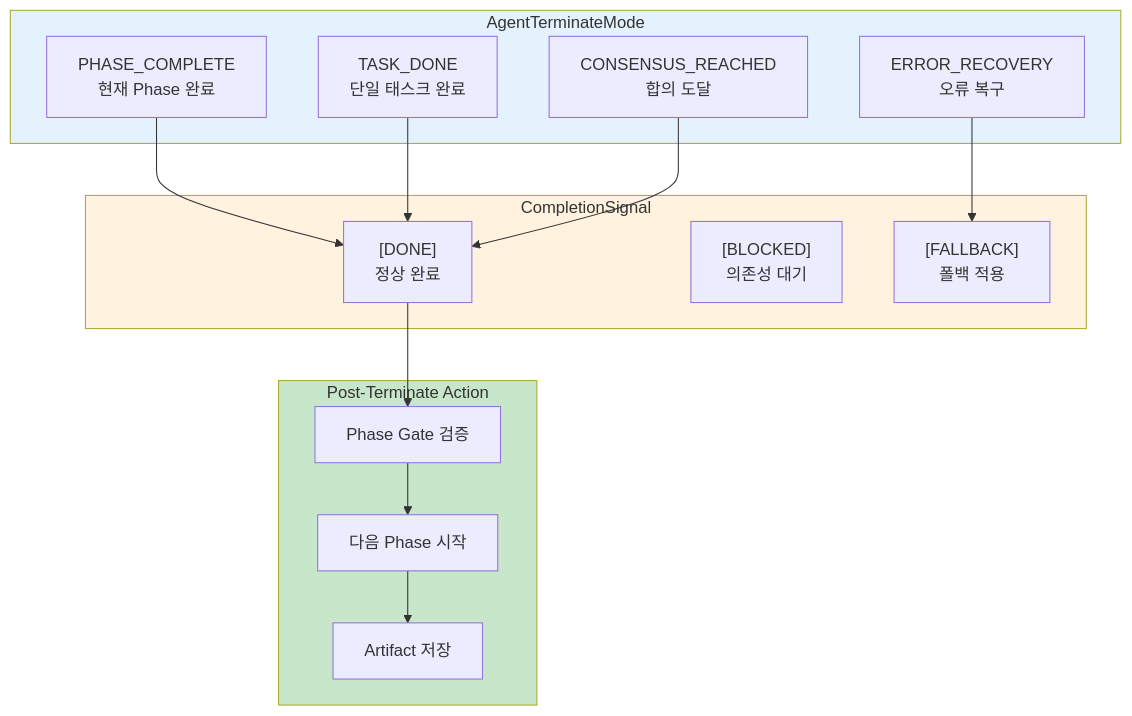
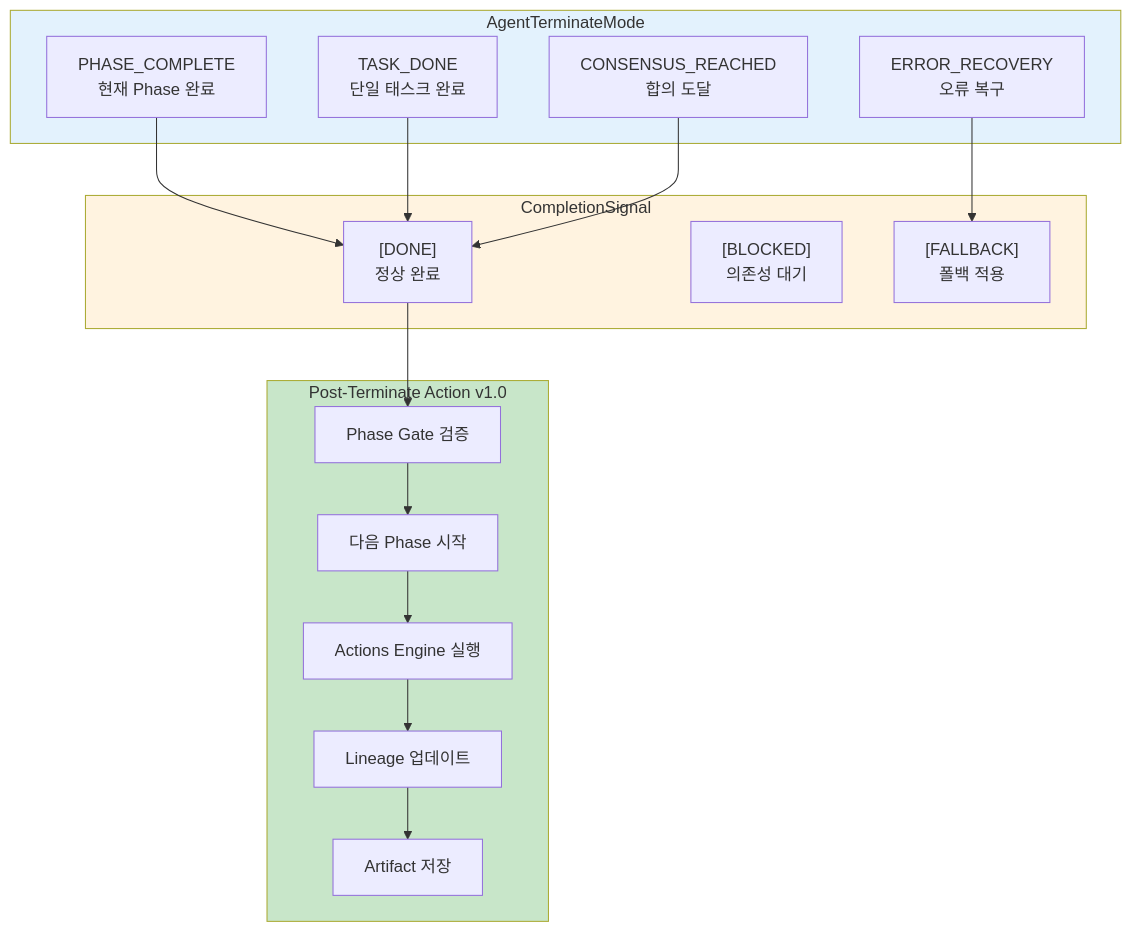
The tenth of 12 diagrams in docs/diagrams/05-agent-orchestration.md (sabill123/ontology), drawn with Mermaid before and after one commit. The commit also changed other lines of this file and 176 other files, not shown here.

````diff
--- a/docs/diagrams/05-agent-orchestration.md
+++ b/docs/diagrams/05-agent-orchestration.md
@@ -334,34 +405,38 @@
 ```mermaid
 flowchart TB
     subgraph MODES["AgentTerminateMode"]
         M1["PHASE_COMPLETE<br/>현재 Phase 완료"]
         M2["TASK_DONE<br/>단일 태스크 완료"]
         M3["CONSENSUS_REACHED<br/>합의 도달"]
         M4["ERROR_RECOVERY<br/>오류 복구"]
     end
 
     subgraph SIGNAL["CompletionSignal"]
         S1["[DONE]<br/>정상 완료"]
         S2["[BLOCKED]<br/>의존성 대기"]
         S3["[FALLBACK]<br/>폴백 적용"]
     end
 
-    subgraph ACTION["Post-Terminate Action"]
+    subgraph ACTION["Post-Terminate Action v1.0"]
         A1["Phase Gate 검증"]
         A2["다음 Phase 시작"]
-        A3["Artifact 저장"]
+        A3["Actions Engine 실행"]
+        A4["Lineage 업데이트"]
+        A5["Artifact 저장"]
     end
 
     M1 --> S1
     M2 --> S1
     M3 --> S1
     M4 --> S3
 
     S1 --> A1
     A1 --> A2
     A2 --> A3
+    A3 --> A4
+    A4 --> A5
 
     style MODES fill:#e3f2fd
     style SIGNAL fill:#fff3e0
     style ACTION fill:#c8e6c9
 ```
````
